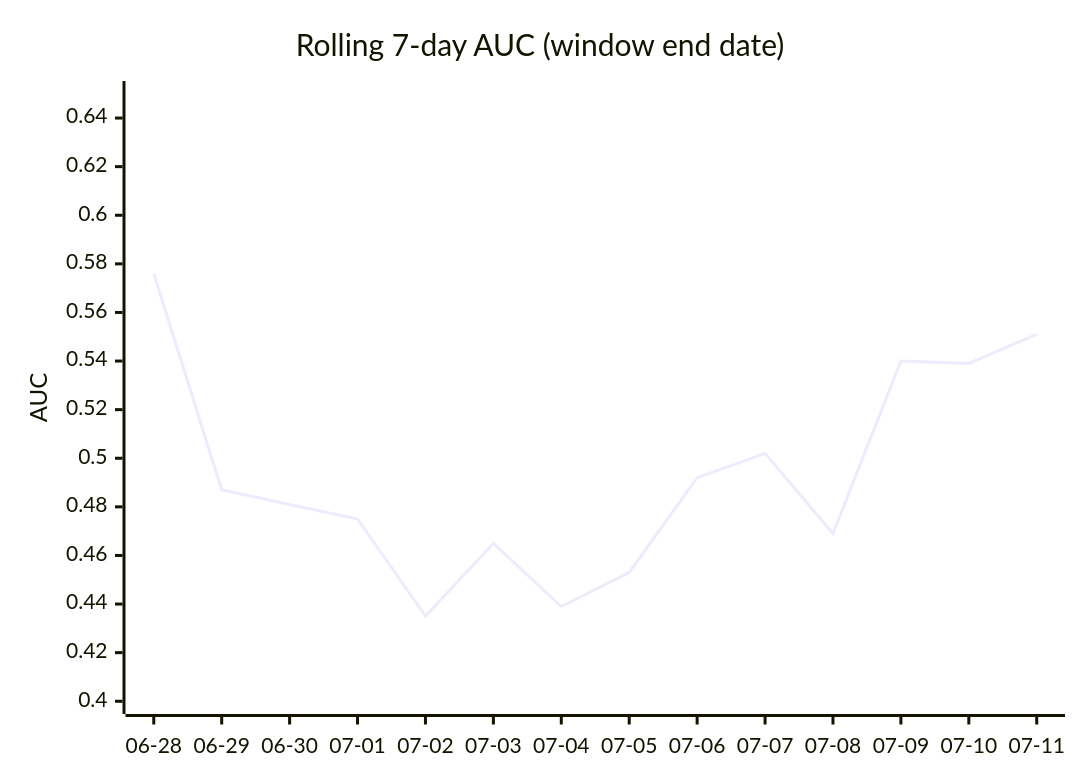
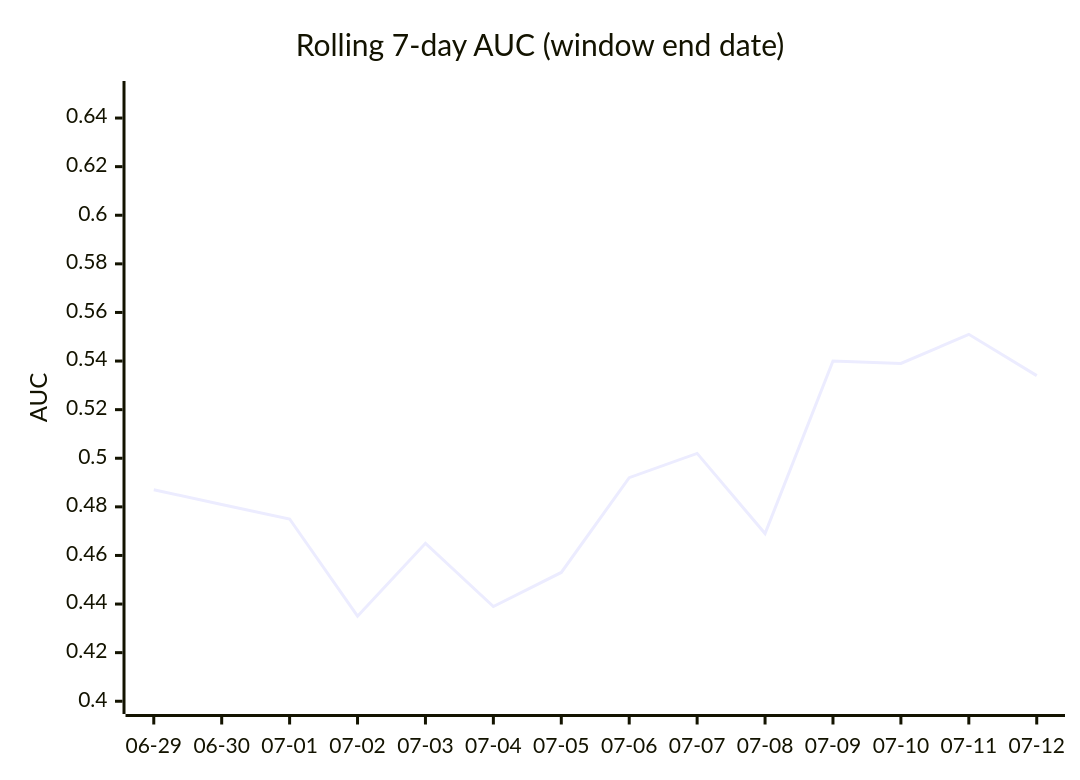
Before and after one commit to dpk1212/nhl-savant: the fourth of 5 diagrams in DAILY_AGSU_REPORT.md, drawn with Mermaid. The commit also changed other lines of this file, not shown here.

````diff
--- a/DAILY_AGSU_REPORT.md
+++ b/DAILY_AGSU_REPORT.md
@@ -560,7 +642,7 @@
 ```mermaid
 xychart-beta
     title "Rolling 7-day AUC (window end date)"
-    x-axis ["06-28", "06-29", "06-30", "07-01", "07-02", "07-03", "07-04", "07-05", "07-06", "07-07", "07-08", "07-09", "07-10", "07-11"]
+    x-axis ["06-29", "06-30", "07-01", "07-02", "07-03", "07-04", "07-05", "07-06", "07-07", "07-08", "07-09", "07-10", "07-11", "07-12"]
     y-axis "AUC" 0.4 --> 0.65
-    line [0.576, 0.487, 0.481, 0.475, 0.435, 0.465, 0.439, 0.453, 0.492, 0.502, 0.469, 0.54, 0.539, 0.551]
+    line [0.487, 0.481, 0.475, 0.435, 0.465, 0.439, 0.453, 0.492, 0.502, 0.469, 0.54, 0.539, 0.551, 0.534]
 ```
````
